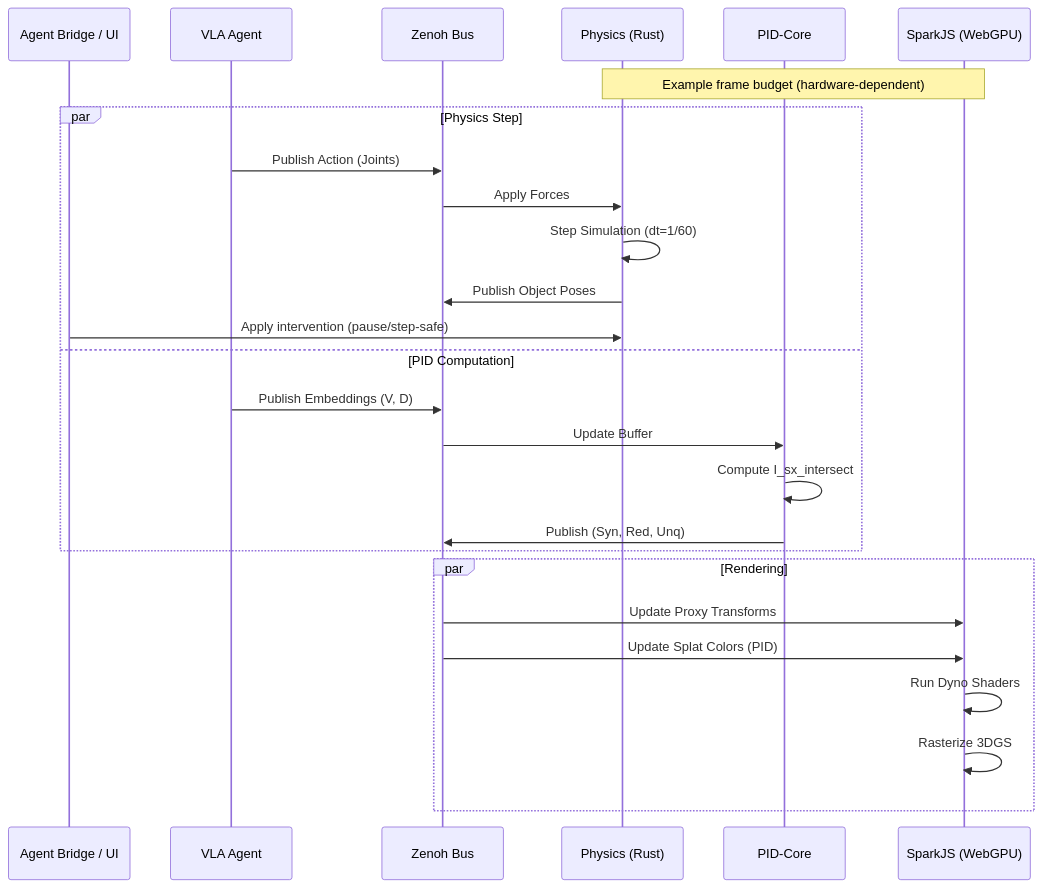
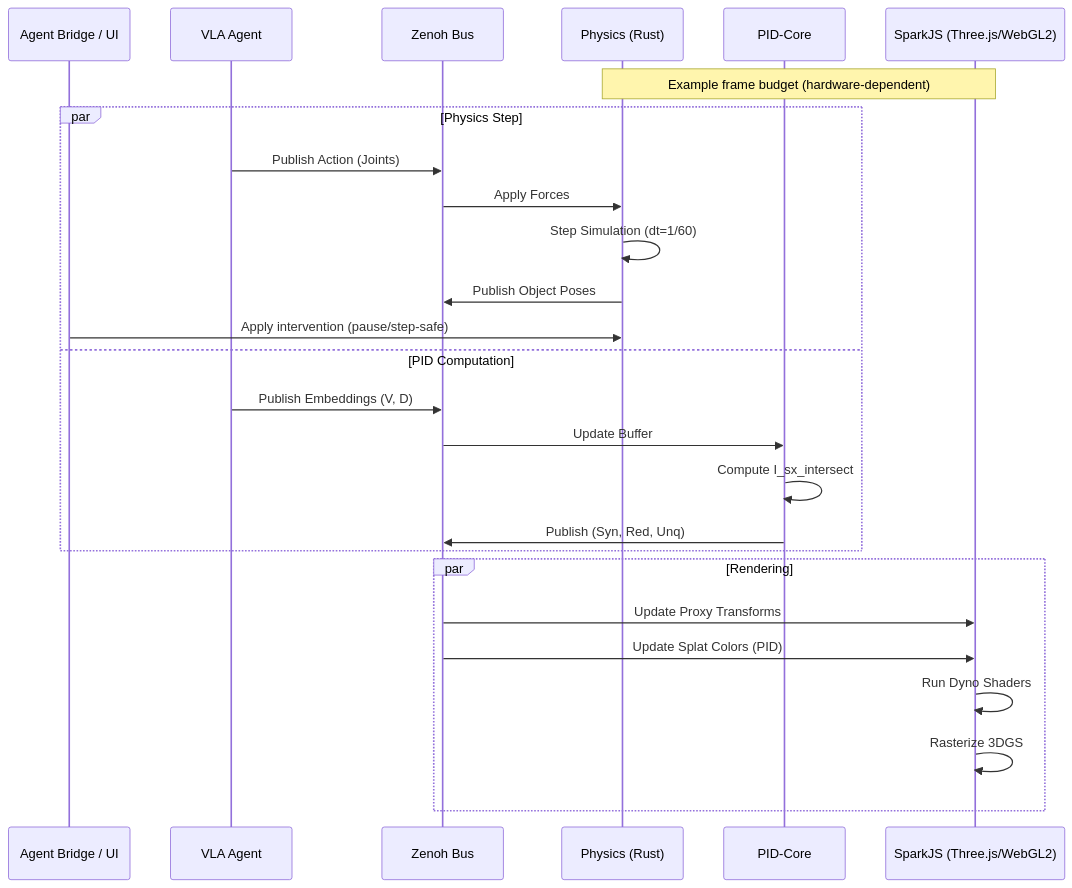
One commit to sepahead/prisoma changed the second of 12 diagrams in DIAGRAMS.md. Above: the diagram before and after it, drawn with Mermaid. The commit also changed other lines of this file and 7 other files, not shown here.

````diff
--- a/DIAGRAMS.md
+++ b/DIAGRAMS.md
@@ -85,31 +85,31 @@
 ```mermaid
 sequenceDiagram
     participant Agent as Agent Bridge / UI
     participant VLA as VLA Agent
     participant Zenoh as Zenoh Bus
     participant Phys as Physics (Rust)
     participant PID as PID-Core
-    participant Spark as SparkJS (WebGPU)
+    participant Spark as SparkJS (Three.js/WebGL2)
 
     Note over Phys, Spark: Example frame budget (hardware-dependent)
 
     par Physics Step
         VLA->>Zenoh: Publish Action (Joints)
         Zenoh->>Phys: Apply Forces
         Phys->>Phys: Step Simulation (dt=1/60)
         Phys->>Zenoh: Publish Object Poses
         Agent->>Phys: Apply intervention (pause/step-safe)
     and PID Computation
         VLA->>Zenoh: Publish Embeddings (V, D)
         Zenoh->>PID: Update Buffer
         PID->>PID: Compute I_sx_intersect
         PID->>Zenoh: Publish (Syn, Red, Unq)
     end
 
     par Rendering
         Zenoh->>Spark: Update Proxy Transforms
         Zenoh->>Spark: Update Splat Colors (PID)
         Spark->>Spark: Run Dyno Shaders
         Spark->>Spark: Rasterize 3DGS
     end
 ```
````
